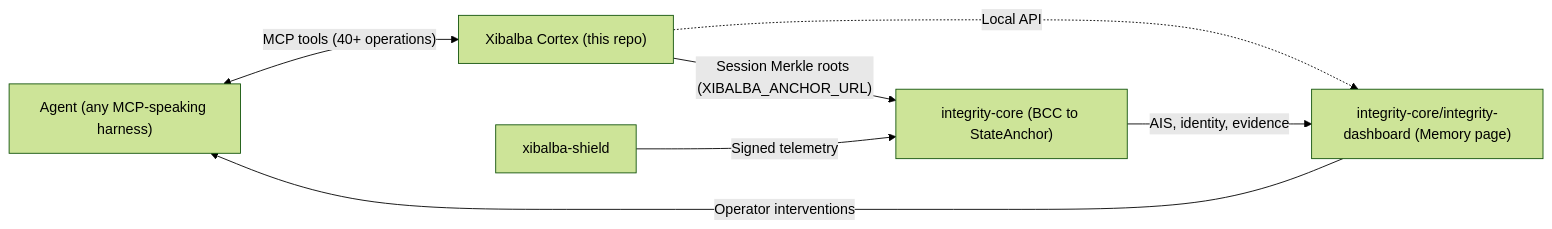
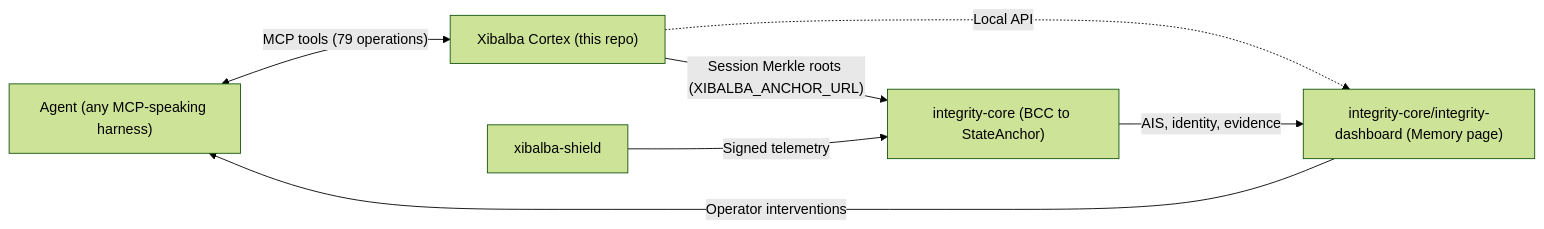
One commit to XibalbaTechSol/xibalba-cortex changed the diagram in docs/wiki/architecture/ecosystem-role.md. Above: the diagram before and after it, drawn with Mermaid (forest theme). The commit also changed 35 other files, not shown here.

````diff
--- a/docs/wiki/architecture/ecosystem-role.md
+++ b/docs/wiki/architecture/ecosystem-role.md
@@ -46,9 +46,9 @@
 ```mermaid
 flowchart LR
-    Agent["Agent (any MCP-speaking harness)"] <-->|"MCP tools (40+ operations)"| Brain["Xibalba Cortex (this repo)"]
+    Agent["Agent (any MCP-speaking harness)"] <-->|"MCP tools (79 operations)"| Brain["Xibalba Cortex (this repo)"]
     Brain -->|"Session Merkle roots (XIBALBA_ANCHOR_URL)"| Backbone["integrity-core (BCC to StateAnchor)"]
     Brain -.->|"Local API"| Eyes["integrity-core/integrity-dashboard (Memory page)"]
     Immune["xibalba-shield"] -->|"Signed telemetry"| Backbone
     Backbone -->|"AIS, identity, evidence"| Eyes
     Eyes -->|"Operator interventions"| Agent
 ```
````
